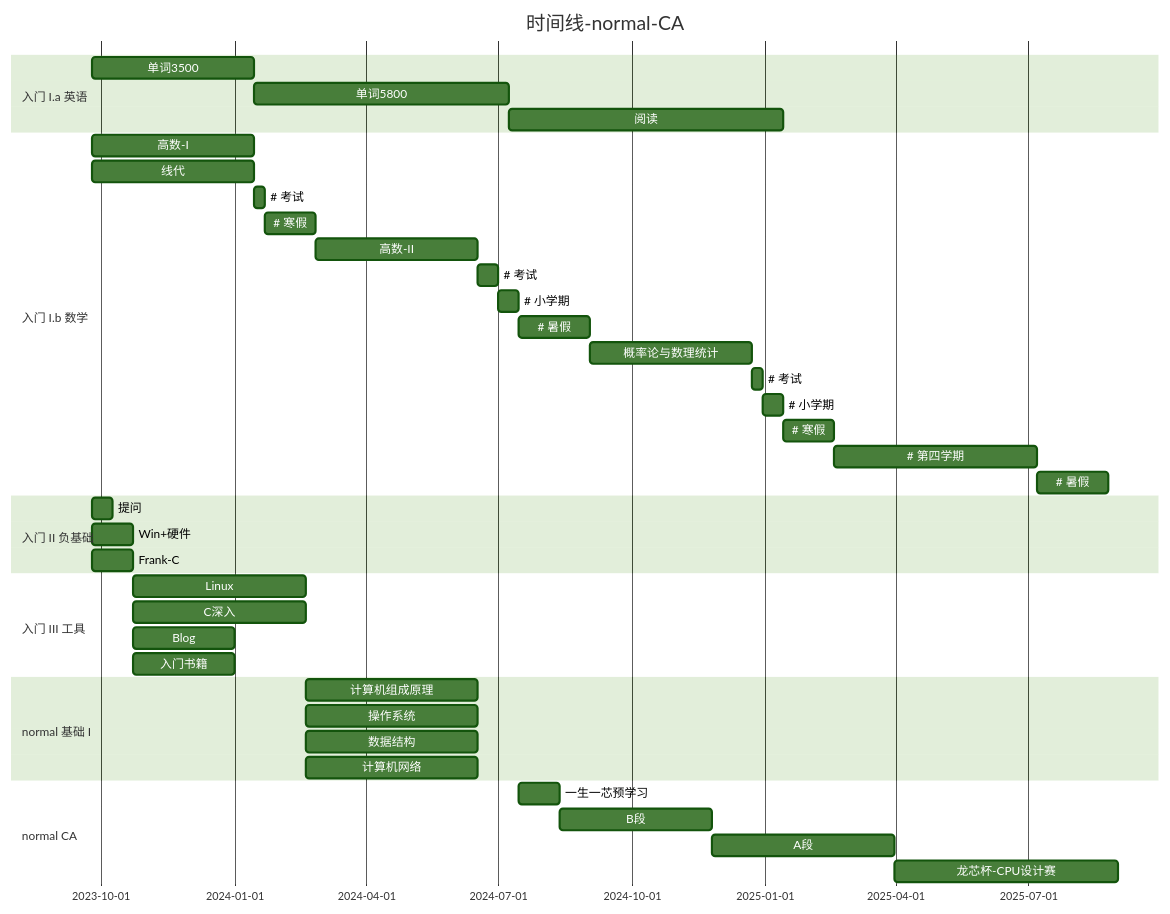
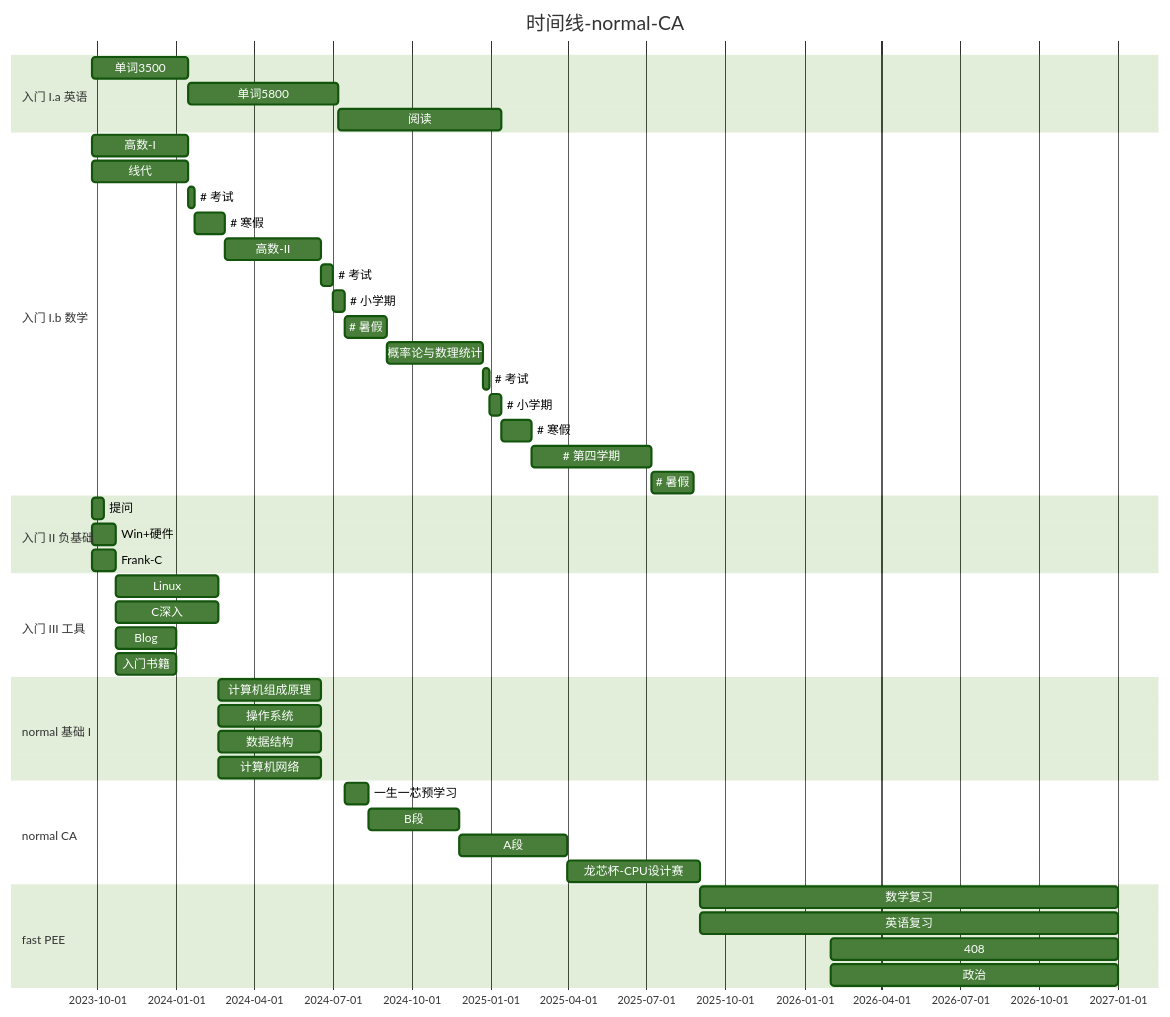
The third of 3 diagrams in docs/greenhand/fertile/route-time.md (Haohahahaha/cs), drawn with Mermaid (forest theme) before and after one commit. The commit also changed other lines of this file and 1 other file, not shown here.

````diff
--- a/docs/greenhand/fertile/route-time.md
+++ b/docs/greenhand/fertile/route-time.md
@@ -91,43 +101,47 @@
 ```mermaid
 gantt
     title 时间线-normal-CA
     section 入门 I.a 英语
     单词3500  : 2023-09-25, 16w
     单词5800  : 25w
     阅读		: 27w
     section 入门 I.b 数学
     高数-I	: 2023-09-25, 16w
     线代 		: 2023-09-25, 16w
 #    考试: 1w
 #    寒假: 5w
     高数-II	: 2024-02-26, 16w
 #    考试: 2w
 #    小学期: 2w
 #    暑假: 7w
     概率论与数理统计: 2024-09-02, 16w
 #    考试: 1w
 #    小学期: 2w
 #    寒假: 5w
 #    第四学期: 20w
 #    暑假: 7w
     section 入门 II 负基础
     提问	: 2023-09-25, 2w
     Win+硬件: 2023-09-25, 4w
     Frank-C	: 2023-09-25, 4w
     section 入门 III 工具
     Linux: 2023-10-23, 17w
     C深入: 2023-10-23, 17w
     Blog: 2023-10-23, 10w
     入门书籍: 2023-10-23, 10w
     section normal 基础 I
    	计算机组成原理: 2024-02-19, 17w
    	操作系统: 2024-02-19, 17w
    	数据结构: 2024-02-19, 17w
     计算机网络: 2024-02-19, 17w
     section normal CA
     一生一芯预学习: 2024-07-15, 4w
     B段: 15w
     A段: 18w
     龙芯杯-CPU设计赛: 2025-03-31, 22w
-    
+    section fast PEE
+    数学复习: 2025-09-01, 16M
+    英语复习: 2025-09-01, 16M
+    408: 2026-02-01, 11M
+    政治: 2026-02-01, 11M
 ```
````
